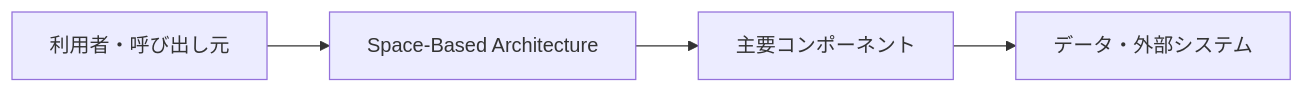
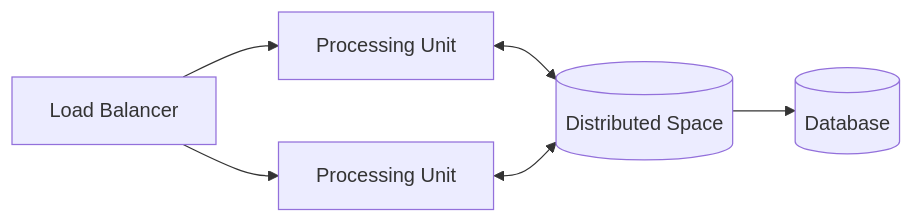
The diagram in docs/分散システム系/スペースベースドアーキテクチャ.md (t-shirayama/architecture-notes), drawn with Mermaid before and after one commit. The commit also changed other lines of this file and 32 other files, not shown here.

Commit message:
docs: refine remaining architecture notes

````diff
--- a/docs/分散システム系/スペースベースドアーキテクチャ.md
+++ b/docs/分散システム系/スペースベースドアーキテクチャ.md
@@ -24,6 +28,8 @@
 ```mermaid
 flowchart LR
-    A[利用者・呼び出し元] --> B[Space-Based Architecture]
-    B --> C[主要コンポーネント]
-    C --> D[データ・外部システム]
+    LB[Load Balancer] --> PU1[Processing Unit]
+    LB --> PU2[Processing Unit]
+    PU1 <--> Space[(Distributed Space)]
+    PU2 <--> Space
+    Space --> DB[(Database)]
 ```
````
